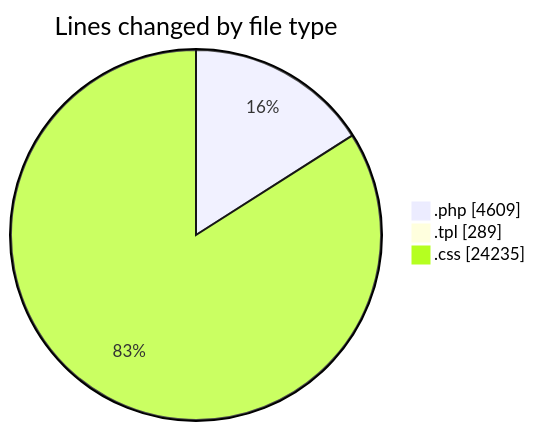
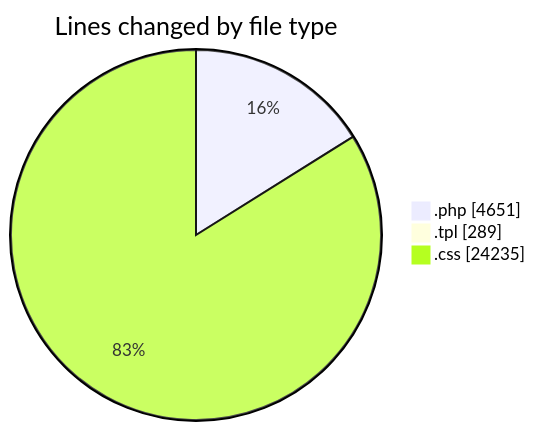
The first of 2 diagrams in 2025-04-18/zeytoon/README.md (vahidmafi/code-tracking), drawn with Mermaid before and after one commit. The commit also changed other lines of this file and 1 other file, not shown here.

````diff
--- a/2025-04-18/zeytoon/README.md
+++ b/2025-04-18/zeytoon/README.md
@@ -29,7 +29,7 @@
 ```mermaid
 pie showData
 title Lines changed by file type
-".php" : 4609
+".php" : 4651
 ".tpl" : 289
 ".css" : 24235
 ```
````
